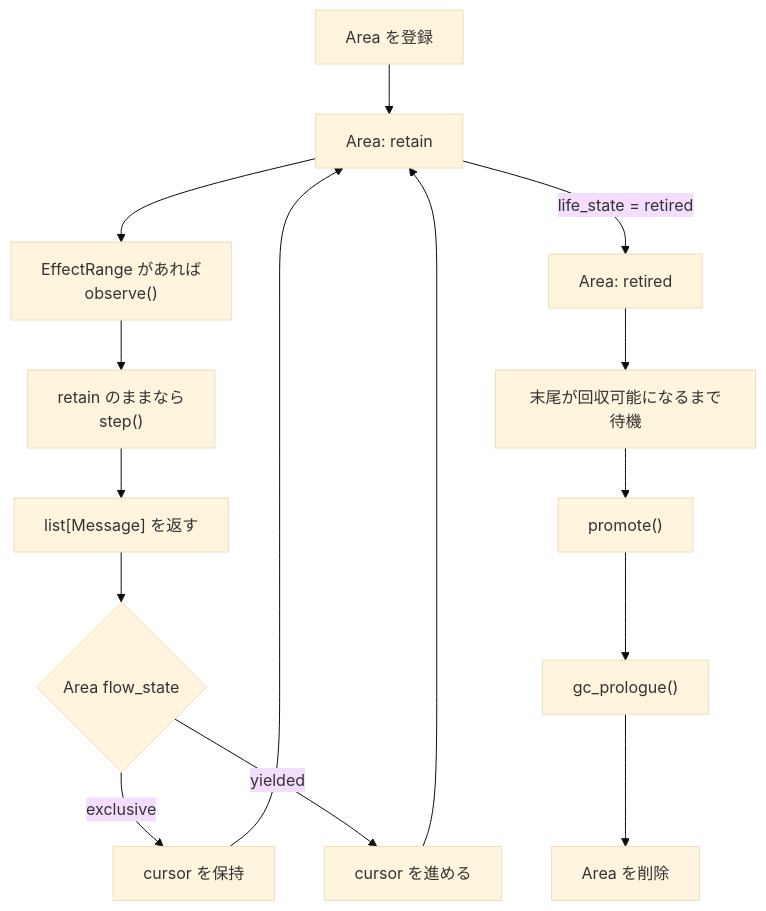
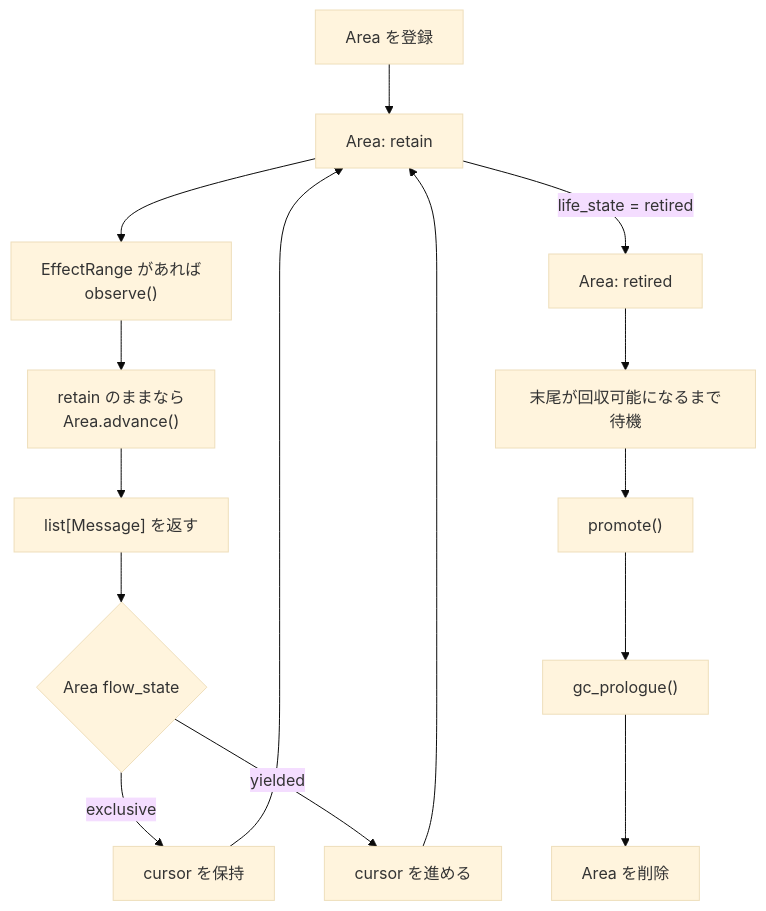
The diagram in docs/ja/context-areas.md (OvenFoSten/Hydrangea), drawn with Mermaid (base theme) before and after one commit. The commit also changed other lines of this file and 1 other file, not shown here.

Commit message:
Align Area documentation with advance API

````diff
--- a/docs/ja/context-areas.md
+++ b/docs/ja/context-areas.md
@@ -184,22 +184,22 @@
 ```mermaid
 flowchart TD
     accTitle: Context Area のライフサイクル
-    accDescr: CoopContext は retain 状態の Area を繰り返し observe および step し、Area が retire した後は promote と回収が可能になるまで待機します。
+    accDescr: CoopContext は retain 状態の Area を繰り返し observe および advance し、Area が retire した後は promote と回収が可能になるまで待機します。
 
     Register["Area を登録"] --> Retain["Area: retain"]
     Retain --> Observe["EffectRange があれば<br/>observe()"]
-    Observe --> Render["retain のままなら<br/>step()"]
-    Render --> Messages["list[Message] を返す"]
+    Observe --> AreaAdvance["retain のままなら<br/>Area.advance()"]
+    AreaAdvance --> Messages["list[Message] を返す"]
     Messages --> Flow{"Area flow_state"}
 
     Flow -- exclusive --> Keep["cursor を保持"]
     Flow -- yielded --> Advance["cursor を進める"]
     Keep --> Retain
     Advance --> Retain
 
     Retain -->|"life_state = retired"| Retired["Area: retired"]
     Retired --> Wait["末尾が回収可能になるまで待機"]
     Wait --> Promote["promote()"]
     Promote --> Prologue["gc_prologue()"]
     Prologue --> Removed["Area を削除"]
 ```
````
